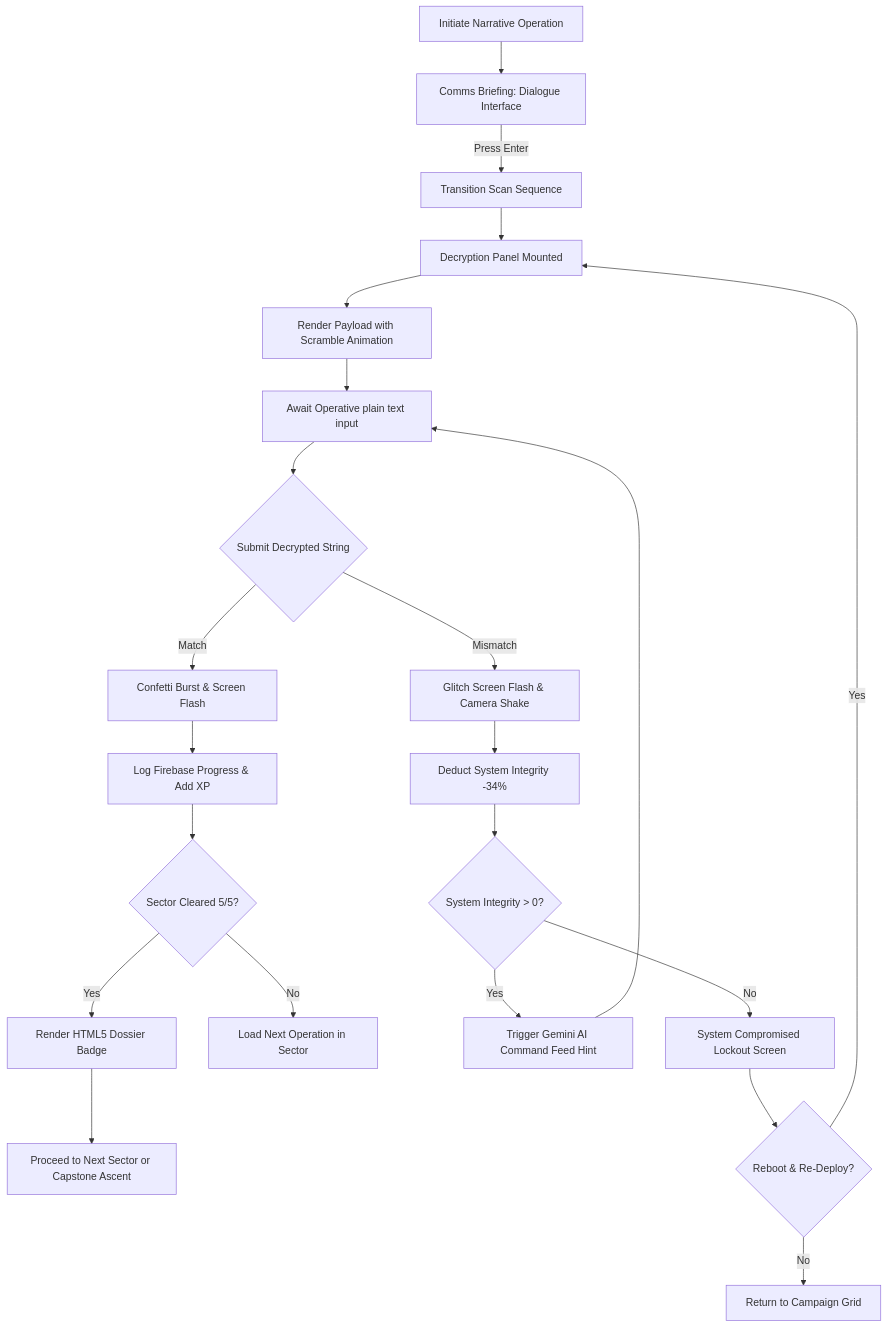
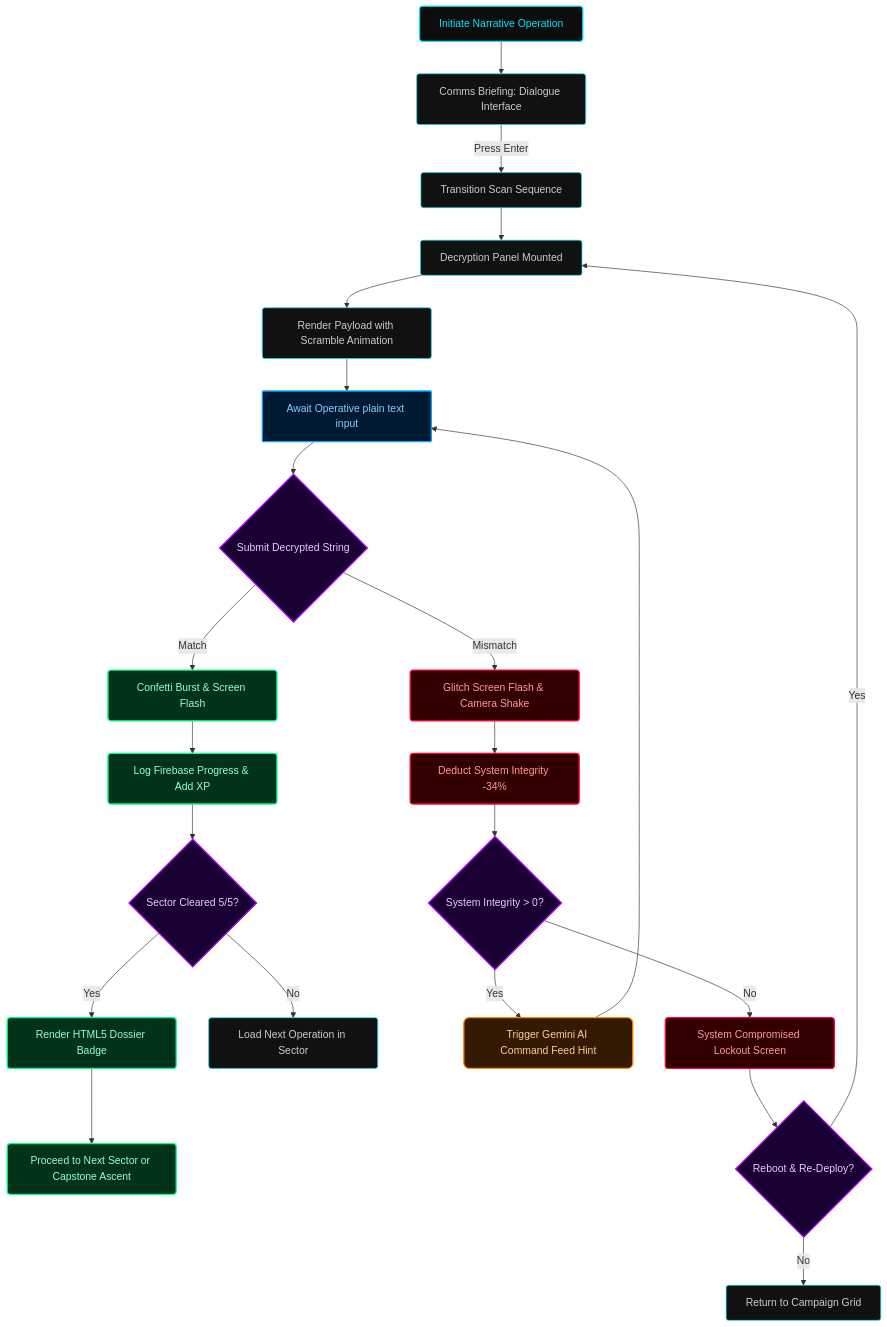
The second of 4 diagrams in README.md (Ziyankhan2106/cipher-quest-v3), drawn with Mermaid before and after one commit. The commit also changed other lines of this file and 4 other files, not shown here.

````diff
--- a/README.md
+++ b/README.md
@@ -136,28 +143,38 @@
 ```mermaid
 graph TD
-    Start[Initiate Narrative Operation] --> Comms[Comms Briefing: Dialogue Interface]
-    Comms -- Press Enter --> Intercept[Transition Scan Sequence]
-    Intercept --> ActiveCipher[Decryption Panel Mounted]
+    %% Cyberpunk Theme Styling
+    classDef startNode fill:#0d0d0d,stroke:#00e5ff,stroke-width:2px,color:#00e5ff,rx:5px,ry:5px;
+    classDef actionNode fill:#111,stroke:#00e5ff,stroke-width:1px,color:#ccc,rx:4px,ry:4px;
+    classDef inputNode fill:#001a33,stroke:#00aaff,stroke-width:2px,color:#88ccff,rx:2px,ry:2px;
+    classDef decisionNode fill:#1a0033,stroke:#b200ff,stroke-width:2px,color:#e6ccff;
+    classDef successNode fill:#00331a,stroke:#00ff88,stroke-width:2px,color:#99ffcc,rx:5px,ry:5px;
+    classDef failureNode fill:#330000,stroke:#ff003c,stroke-width:2px,color:#ff9999,rx:5px,ry:5px;
+    classDef aiNode fill:#331a00,stroke:#ff8800,stroke-width:2px,color:#ffcc99,rx:8px,ry:8px;
+
+    Start[Initiate Narrative Operation]:::startNode --> Comms[Comms Briefing: Dialogue Interface]:::actionNode
+    Comms -- Press Enter --> Intercept[Transition Scan Sequence]:::actionNode
+    Intercept --> ActiveCipher[Decryption Panel Mounted]:::actionNode
     
-    ActiveCipher --> Scramble[Render Payload with Scramble Animation]
-    Scramble --> AwaitInput[Await Operative plain text input]
+    ActiveCipher --> Scramble[Render Payload with Scramble Animation]:::actionNode
+    Scramble --> AwaitInput[Await Operative plain text input]:::inputNode
     
-    AwaitInput --> Submission{Submit Decrypted String}
-    Submission -- Match --> Success[Confetti Burst & Screen Flash]
-    Success --> CompleteDB[Log Firebase Progress & Add XP]
-    CompleteDB --> SectorCheck{Sector Cleared 5/5?}
+    AwaitInput --> Submission{Submit Decrypted String}:::decisionNode
+    Submission -- Match --> Success[Confetti Burst & Screen Flash]:::successNode
+    Success --> CompleteDB[Log Firebase Progress & Add XP]:::successNode
+    CompleteDB --> SectorCheck{Sector Cleared 5/5?}:::decisionNode
     
-    SectorCheck -- Yes --> CanvasBadge[Render HTML5 Dossier Badge]
-    CanvasBadge --> Proceed[Proceed to Next Sector or Capstone Ascent]
-    SectorCheck -- No --> NextMission[Load Next Operation in Sector]
+    SectorCheck -- Yes --> CanvasBadge[Render HTML5 Dossier Badge]:::successNode
+    CanvasBadge --> Proceed[Proceed to Next Sector or Capstone Ascent]:::successNode
+    SectorCheck -- No --> NextMission[Load Next Operation in Sector]:::actionNode
     
-    Submission -- Mismatch --> FaultFlash[Glitch Screen Flash & Camera Shake]
-    FaultFlash --> DecIntegrity[Deduct System Integrity -34%]
-    DecIntegrity --> HealthCheck{System Integrity > 0?}
-    HealthCheck -- Yes --> AIHint[Trigger Gemini AI Command Feed Hint]
+    Submission -- Mismatch --> FaultFlash[Glitch Screen Flash & Camera Shake]:::failureNode
+    FaultFlash --> DecIntegrity[Deduct System Integrity -34%]:::failureNode
+    DecIntegrity --> HealthCheck{System Integrity > 0?}:::decisionNode
+    
+    HealthCheck -- Yes --> AIHint[Trigger Gemini AI Command Feed Hint]:::aiNode
     AIHint --> AwaitInput
-    HealthCheck -- No --> Locked[System Compromised Lockout Screen]
-    Locked --> Retry{Reboot & Re-Deploy?}
+    HealthCheck -- No --> Locked[System Compromised Lockout Screen]:::failureNode
+    Locked --> Retry{Reboot & Re-Deploy?}:::decisionNode
     Retry -- Yes --> ActiveCipher
-    Retry -- No --> Return[Return to Campaign Grid]
+    Retry -- No --> Return[Return to Campaign Grid]:::actionNode
 ```
````
